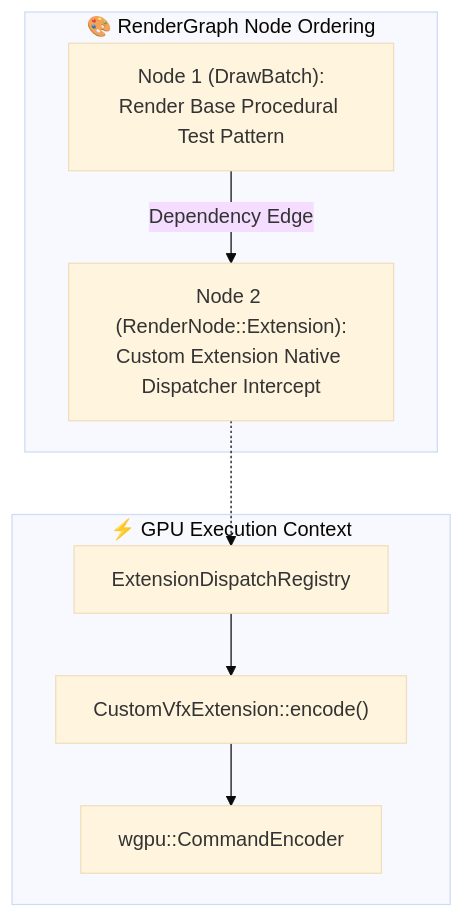
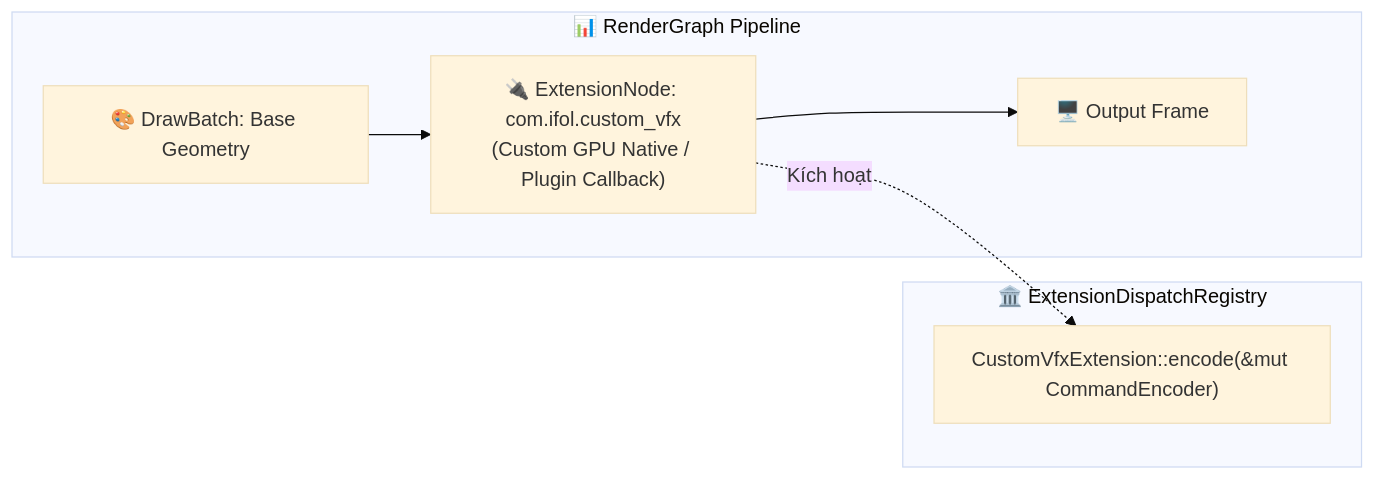
One commit to danphong23/ifol-animation changed the diagram in crates/ifol-gpu/tests/reports/tc104_extension_dispatch_report.md. Above: the diagram before and after it, drawn with Mermaid (base theme). The commit also changed other lines of this file and 110 other files, not shown here.

Commit message:
test(gpu): record full regression baseline

````diff
--- a/crates/ifol-gpu/tests/reports/tc104_extension_dispatch_report.md
+++ b/crates/ifol-gpu/tests/reports/tc104_extension_dispatch_report.md
@@ -19,19 +19,17 @@
 ```mermaid
-flowchart TD
-    subgraph RenderGraph_Flow["🎨 RenderGraph Node Ordering"]
-        NODE1["Node 1 (DrawBatch):<br/>Render Base Procedural Test Pattern"]
-        NODE2["Node 2 (RenderNode::Extension):<br/>Custom Extension Native Dispatcher Intercept"]
+flowchart LR
+    subgraph RenderGraph["📊 RenderGraph Pipeline"]
+        NODE1["🎨 DrawBatch: Base Geometry"]
+        EXT["🔌 ExtensionNode: com.ifol.custom_vfx<br/>(Custom GPU Native / Plugin Callback)"]
+        TARGET["🖥️ Output Frame"]
         
-        NODE1 -->|Dependency Edge| NODE2
+        NODE1 --> EXT
+        EXT --> TARGET
     end
 
-    subgraph Dispatcher_Execution["⚡ GPU Execution Context"]
-        REGISTRY["ExtensionDispatchRegistry"]
-        DISPATCHER["CustomVfxExtension::encode()"]
-        CMD_ENC["wgpu::CommandEncoder"]
-        
-        NODE2 -.-> REGISTRY
-        REGISTRY --> DISPATCHER
-        DISPATCHER --> CMD_ENC
+    subgraph Host_Registry["🏛️ ExtensionDispatchRegistry"]
+        DISPATCHER["CustomVfxExtension::encode(&mut CommandEncoder)"]
     end
+
+    EXT -.->|Kích hoạt| DISPATCHER
 ```
````
